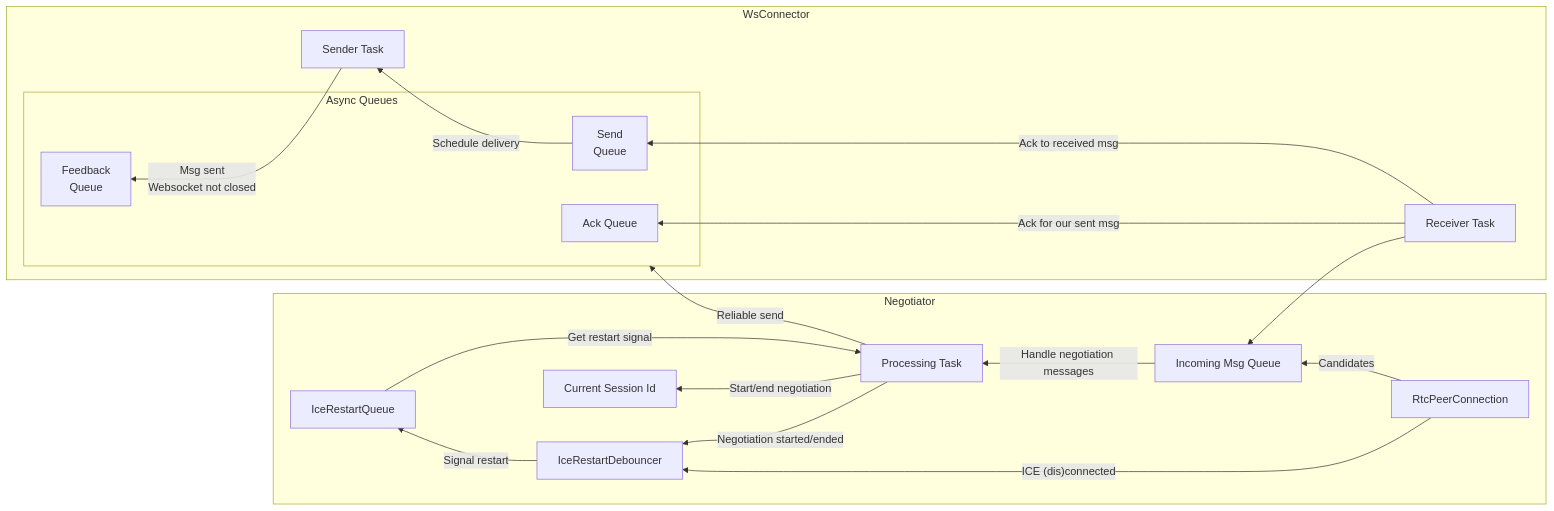
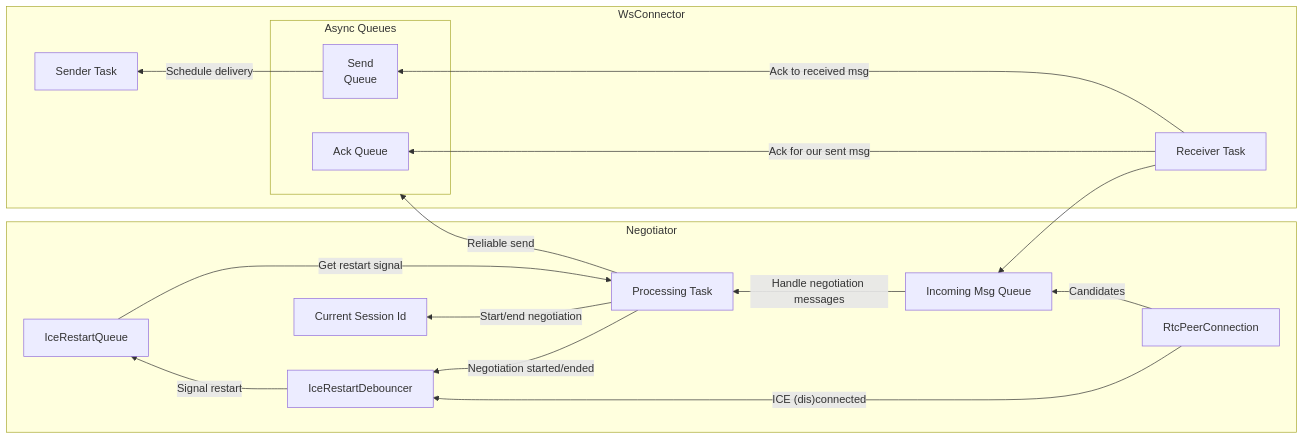
One commit to vk-swd/vamp changed the fourth of 5 diagrams in src-tauri/rtc/memo.md. Above: the diagram before and after it, drawn with Mermaid. The commit also changed other lines of this file, not shown here.

````diff
--- a/src-tauri/rtc/memo.md
+++ b/src-tauri/rtc/memo.md
@@ -144,39 +144,37 @@
 ```mermaid
 flowchart RL
     subgraph Block1["Negotiator"]
         A1["Incoming Msg Queue"]
         A11["IceRestartQueue"]
         A2["Processing Task"]
         A22["IceRestartDebouncer"]
         A3["Current Session Id"]
         A4["RtcPeerConnection"]
 
         A4 -->|Candidates| A1
         A4 -->|"ICE (dis)connected"| A22
         A2 -->|"Negotiation started/ended"| A22
         A22 -->|"Signal restart"| A11
         A11--> |"Get restart signal"| A2
         A1 -->|Handle negotiation messages| A2
         A2 -->|Start/end negotiation| A3
     end
 
    
 
     subgraph wsc["WsConnector"]
         subgraph queues["Async Queues"]
             C1["Send<br>Queue"]
             C2["Ack Queue"]
-            C3["Feedback<br>Queue"]
         end
         C4["Sender Task"]
         C5["Receiver Task"]
         C1-->|Schedule delivery|C4
-        C4-->|Msg sent<br>Websocket not closed|C3
         C5-->A1
         C5-->|Ack for our sent msg|C2
         C5-->|Ack to received msg|C1
     end
 
     A2 --> |Reliable send| queues
     
 ```
````
